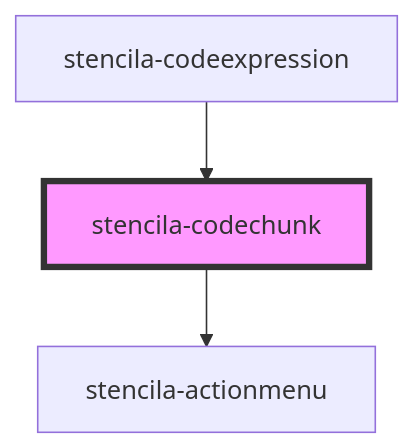
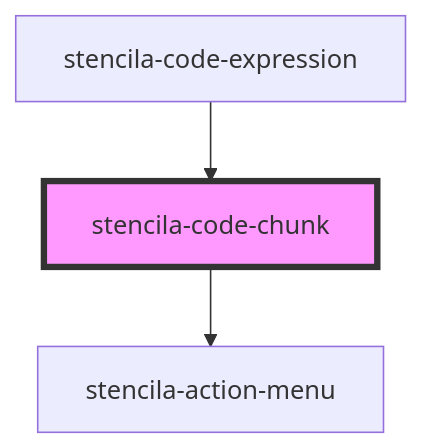
The diagram in packages/components/src/components/codeChunk/readme.md (stencila/designa), drawn with Mermaid before and after one commit. The commit also changed other lines of this file and 10 other files, not shown here.

````diff
--- a/packages/components/src/components/codeChunk/readme.md
+++ b/packages/components/src/components/codeChunk/readme.md
@@ -31,6 +31,6 @@
 ```mermaid
 graph TD;
-  stencila-codechunk --> stencila-actionmenu
-  stencila-codeexpression --> stencila-codechunk
-  style stencila-codechunk fill:#f9f,stroke:#333,stroke-width:4px
+  stencila-code-chunk --> stencila-action-menu
+  stencila-code-expression --> stencila-code-chunk
+  style stencila-code-chunk fill:#f9f,stroke:#333,stroke-width:4px
 ```
````
